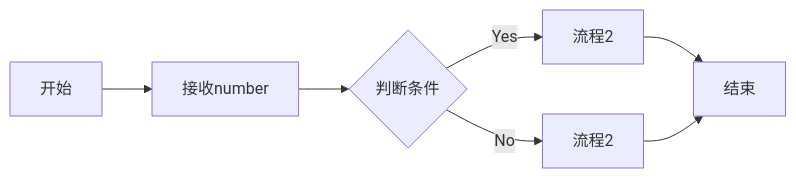
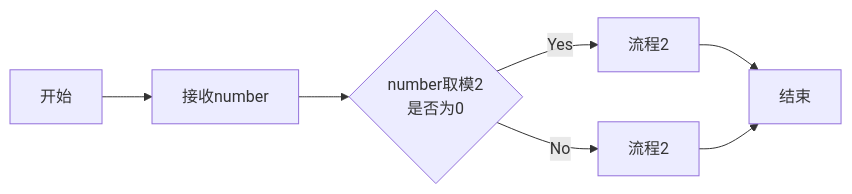
One commit to RonaWhite/python changed the third of 4 diagrams in experiment2.md. Above: the diagram before and after it, drawn with Mermaid.

````diff
--- a/experiment2.md
+++ b/experiment2.md
@@ -519,9 +519,10 @@
 ```mermaid
 flowchart LR
     A[开始] --> B[接收number]
-    B --> C{判断条件}
+    B --> C{number取模2
+    是否为0}
     C --> |Yes| D[流程2]
     D --> E[结束]
     C --> |No| F[流程2]
     F --> E
 ```
````
